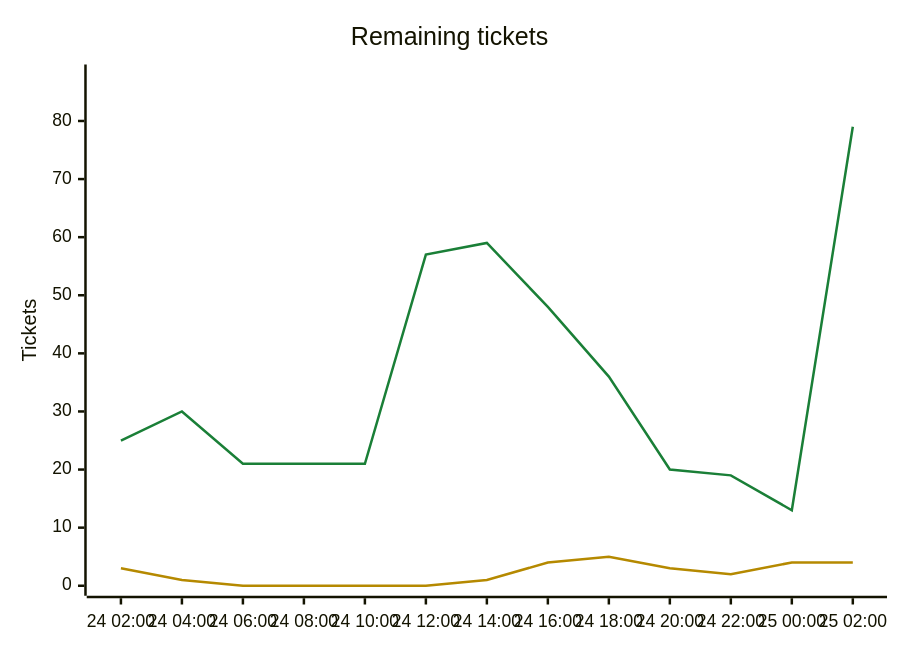
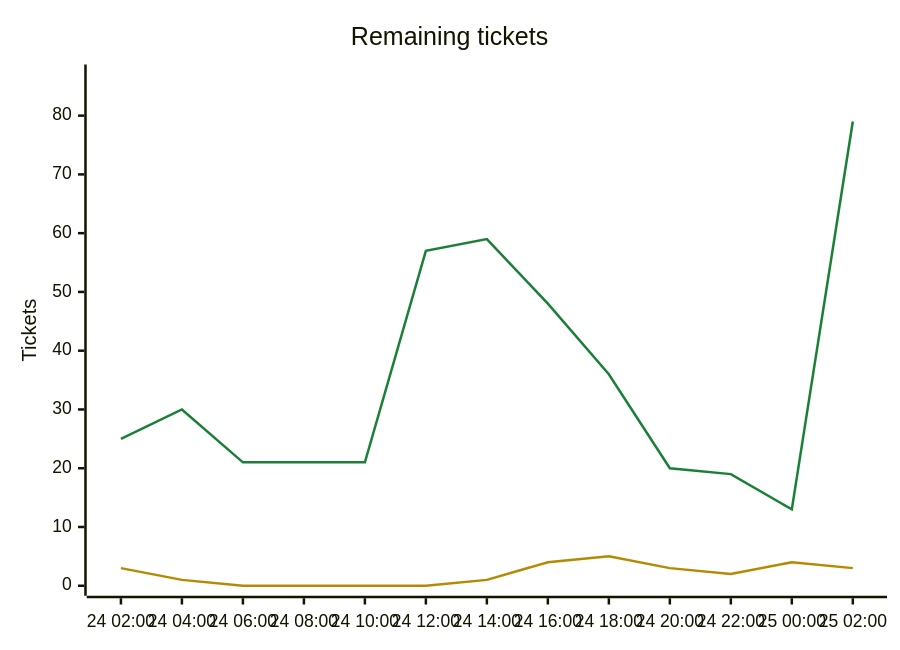
Before and after one commit to Kenmura/Unciv: the second of 2 diagrams in csharp/migration/DEPENDENCY_MAP.md, drawn with Mermaid. The commit also changed other lines of this file and 1 other file, not shown here.

````diff
--- a/csharp/migration/DEPENDENCY_MAP.md
+++ b/csharp/migration/DEPENDENCY_MAP.md
@@ -556,9 +554,9 @@
 ```mermaid
 %%{init: {"themeVariables": {"xyChart": {"plotColorPalette": "#1a7f37, #b58900"}}}}%%
 xychart-beta
     title "Remaining tickets"
     x-axis ["24 02:00", "24 04:00", "24 06:00", "24 08:00", "24 10:00", "24 12:00", "24 14:00", "24 16:00", "24 18:00", "24 20:00", "24 22:00", "25 00:00", "25 02:00"]
-    y-axis "Tickets" 0 --> 88
+    y-axis "Tickets" 0 --> 87
     line [25, 30, 21, 21, 21, 57, 59, 48, 36, 20, 19, 13, 79]
-    line [3, 1, 0, 0, 0, 0, 1, 4, 5, 3, 2, 4, 4]
+    line [3, 1, 0, 0, 0, 0, 1, 4, 5, 3, 2, 4, 3]
 ```
````
